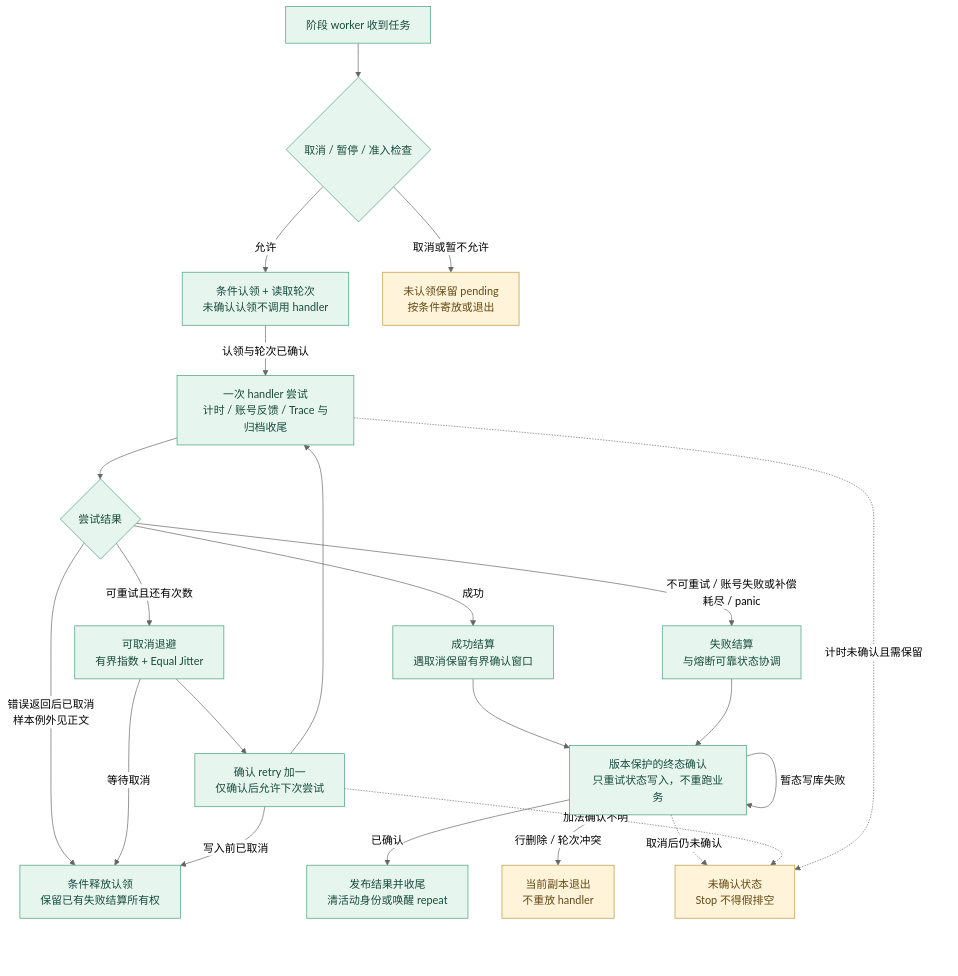
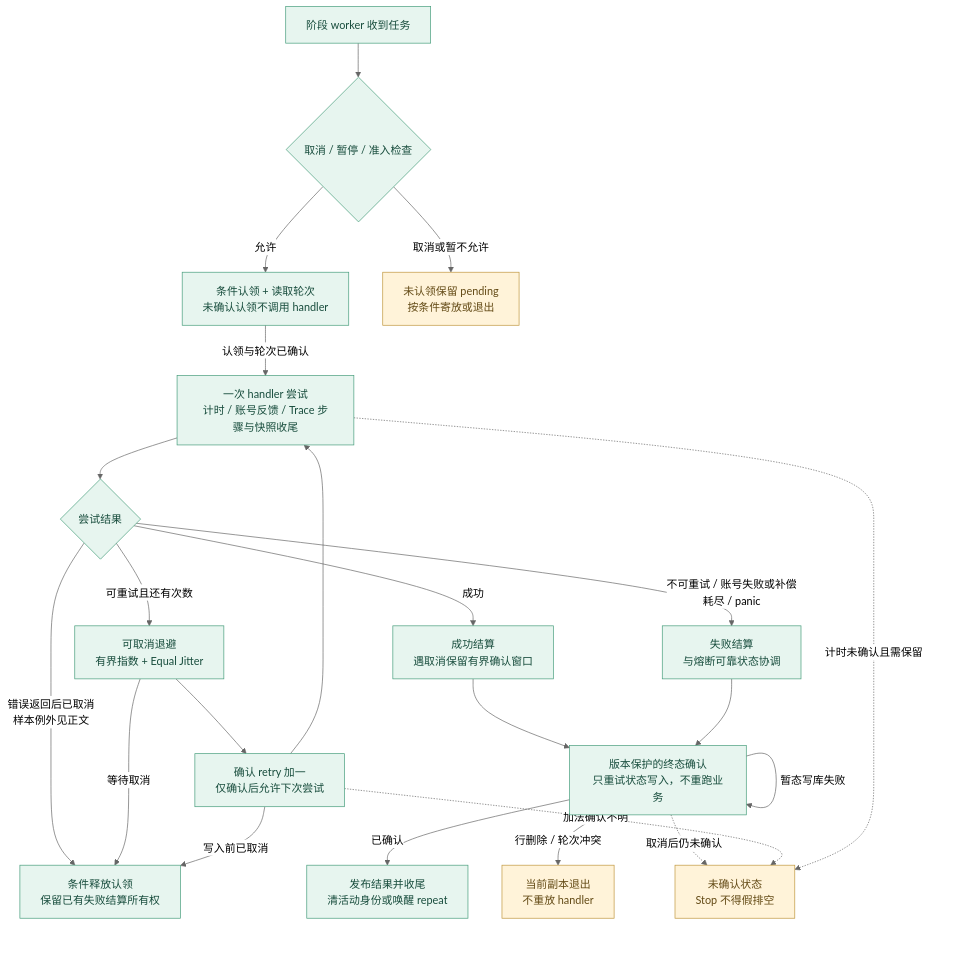
Before and after one commit to ydtg1993/papa: the diagram in docs/assets/diagrams/09-engine-execution.mmd, drawn with Mermaid (neutral theme). The commit also changed 196 other files, not shown here.

```diff
--- a/docs/assets/diagrams/09-engine-execution.mmd
+++ b/docs/assets/diagrams/09-engine-execution.mmd
@@ -1,25 +1,25 @@
 flowchart TB
     A["阶段 worker 收到任务"] --> B{"取消 / 暂停 / 准入检查"}
     B -->|允许| C["条件认领 + 读取轮次<br/>未确认认领不调用 handler"]
     B -->|取消或暂不允许| K["未认领保留 pending<br/>按条件寄放或退出"]
-    C -->|认领与轮次已确认| H["一次 handler 尝试<br/>计时 / 账号反馈 / Trace 与归档收尾"]
+    C -->|认领与轮次已确认| H["一次 handler 尝试<br/>计时 / 账号反馈 / Trace 步骤与快照收尾"]
     H --> J{"尝试结果"}
     J -->|可重试且还有次数| D["可取消退避<br/>有界指数 + Equal Jitter"]
     D --> I["确认 retry 加一<br/>仅确认后允许下次尝试"] --> H
     J -->|成功| S["成功结算<br/>遇取消保留有界确认窗口"]
     J -->|不可重试 / 账号失败或补偿<br/>耗尽 / panic| F["失败结算<br/>与熔断可靠状态协调"]
     J -->|错误返回后已取消<br/>样本例外见正文| R["条件释放认领<br/>保留已有失败结算所有权"]
     S --> P["版本保护的终态确认<br/>只重试状态写入，不重跑业务"]
     F --> P
     P -->|暂态写库失败| P
     P -->|已确认| T["发布结果并收尾<br/>清活动身份或唤醒 repeat"]
     P -->|行删除 / 轮次冲突| EXIT["当前副本退出<br/>不重放 handler"]
     P -.->|取消后仍未确认| U["未确认状态<br/>Stop 不得假排空"]
     I -.->|加法确认不明| U
     H -.->|计时未确认且需保留| U
     D -->|等待取消| R
     I -->|写入前已取消| R
     classDef runtime fill:#e7f5ef,color:#174c3c,stroke:#449c7a;
     classDef observe fill:#fff3d9,color:#634a15,stroke:#bf963b;
     class A,B,C,H,J,D,I,S,F,P,R,T runtime;
     class K,U,EXIT observe;
```
